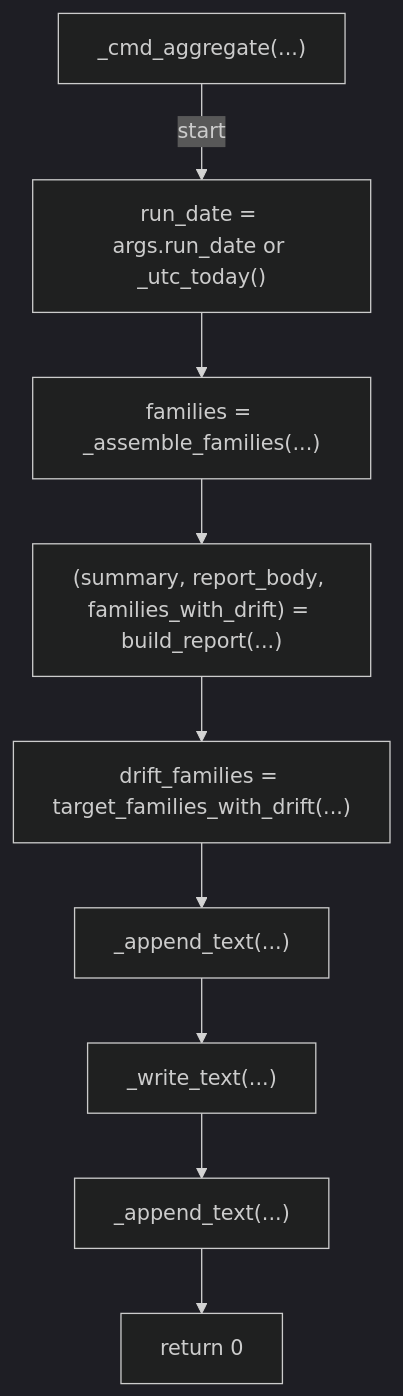
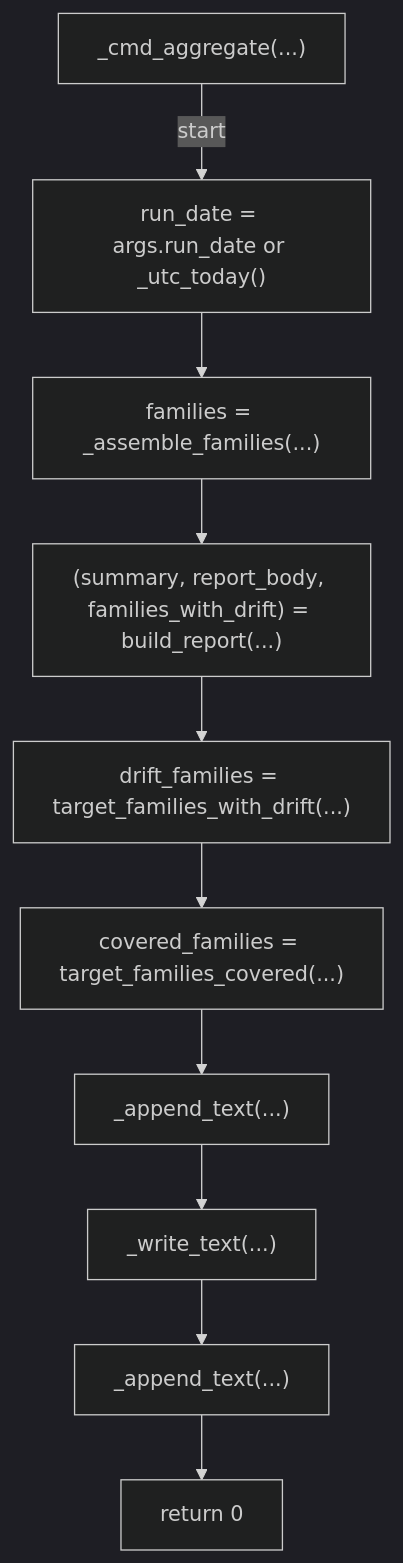
Diagram 26 of 30 in docs/generated/scripts/ast/security_drift_report.md (tvna/claude-md), drawn with Mermaid (dark theme) before and after one commit. The commit also changed other lines of this file and 4 other files, not shown here.

First line of the commit message:
docs(generated): regenerate decision tree and workflow diagrams

````diff
--- a/docs/generated/scripts/ast/security_drift_report.md
+++ b/docs/generated/scripts/ast/security_drift_report.md
@@ -397,20 +384,22 @@
 ```mermaid
 flowchart TD
     N001["_cmd_aggregate(...)"]
     N002["run_date = args.run_date or _utc_today()"]
     N003["families = _assemble_families(...)"]
     N004["(summary, report_body, families_with_drift) = build_report(...)"]
     N005["drift_families = target_families_with_drift(...)"]
-    N006["_append_text(...)"]
-    N007["_write_text(...)"]
-    N008["_append_text(...)"]
-    N009["return 0"]
+    N006["covered_families = target_families_covered(...)"]
+    N007["_append_text(...)"]
+    N008["_write_text(...)"]
+    N009["_append_text(...)"]
+    N010["return 0"]
     N001 -->|"start"| N002
     N002 --> N003
     N003 --> N004
     N004 --> N005
     N005 --> N006
     N006 --> N007
     N007 --> N008
     N008 --> N009
+    N009 --> N010
 ```
````
